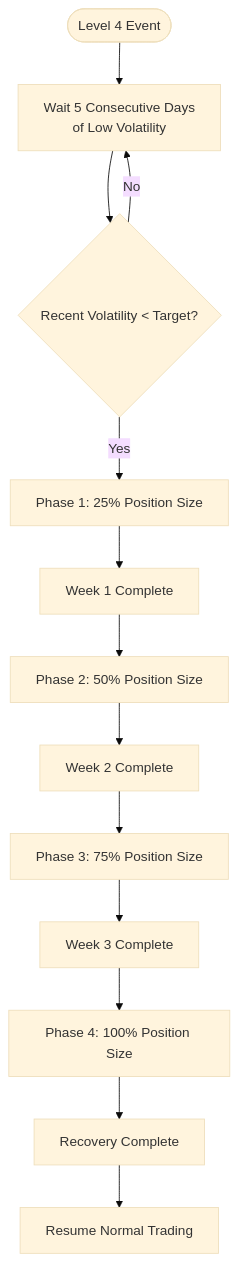
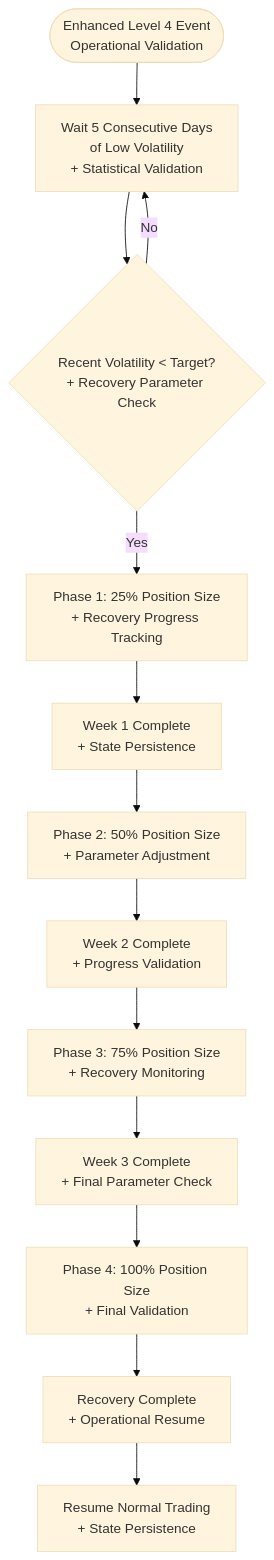
Before and after one commit to guofeng201507/shark-quant-trader: the sixth of 8 diagrams in .qoder/repowiki/en/content/Risk Management System.md, drawn with Mermaid (base theme). The commit also changed other lines of this file and 14 other files, not shown here.

````diff
--- a/.qoder/repowiki/en/content/Risk Management System.md
+++ b/.qoder/repowiki/en/content/Risk Management System.md
@@ -321,15 +386,15 @@
 ```mermaid
 flowchart TD
-RecoveryStart(["Level 4 Event"]) --> Cooldown["Wait 5 Consecutive Days<br/>of Low Volatility"]
-Cooldown --> VolCheck{"Recent Volatility < Target?"}
+RecoveryStart(["Enhanced Level 4 Event<br/>Operational Validation"]) --> Cooldown["Wait 5 Consecutive Days<br/>of Low Volatility<br/>+ Statistical Validation"]
+Cooldown --> VolCheck{"Recent Volatility < Target?<br/>+ Recovery Parameter Check"}
 VolCheck --> |No| Cooldown
-VolCheck --> |Yes| Phase1["Phase 1: 25% Position Size"]
-Phase1 --> Week1["Week 1 Complete"]
-Week1 --> Phase2["Phase 2: 50% Position Size"]
-Phase2 --> Week2["Week 2 Complete"]
-Week2 --> Phase3["Phase 3: 75% Position Size"]
-Phase3 --> Week3["Week 3 Complete"]
-Week3 --> Phase4["Phase 4: 100% Position Size"]
-Phase4 --> Complete["Recovery Complete"]
-Complete --> Resume["Resume Normal Trading"]
+VolCheck --> |Yes| Phase1["Phase 1: 25% Position Size<br/>+ Recovery Progress Tracking"]
+Phase1 --> Week1["Week 1 Complete<br/>+ State Persistence"]
+Week1 --> Phase2["Phase 2: 50% Position Size<br/>+ Parameter Adjustment"]
+Phase2 --> Week2["Week 2 Complete<br/>+ Progress Validation"]
+Week2 --> Phase3["Phase 3: 75% Position Size<br/>+ Recovery Monitoring"]
+Phase3 --> Week3["Week 3 Complete<br/>+ Final Parameter Check"]
+Week3 --> Phase4["Phase 4: 100% Position Size<br/>+ Final Validation"]
+Phase4 --> Complete["Recovery Complete<br/>+ Operational Resume"]
+Complete --> Resume["Resume Normal Trading<br/>+ State Persistence"]
 ```
````
